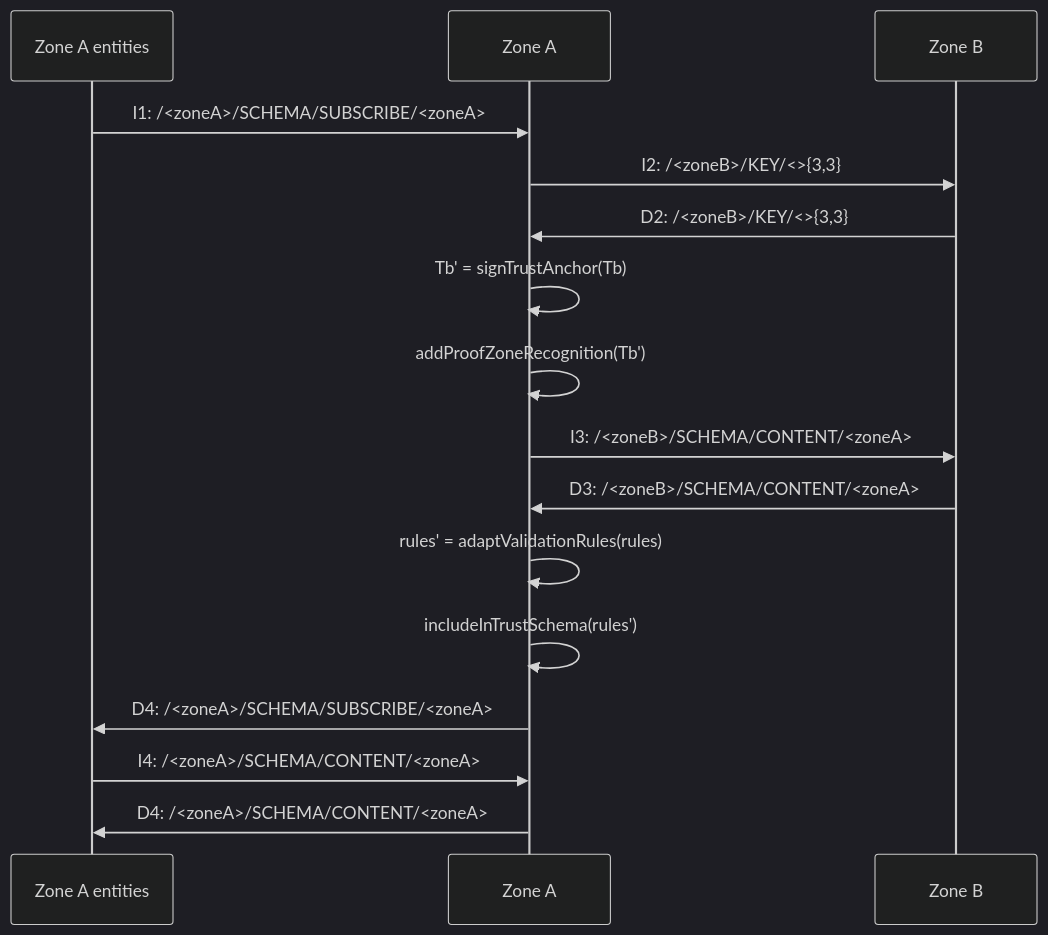
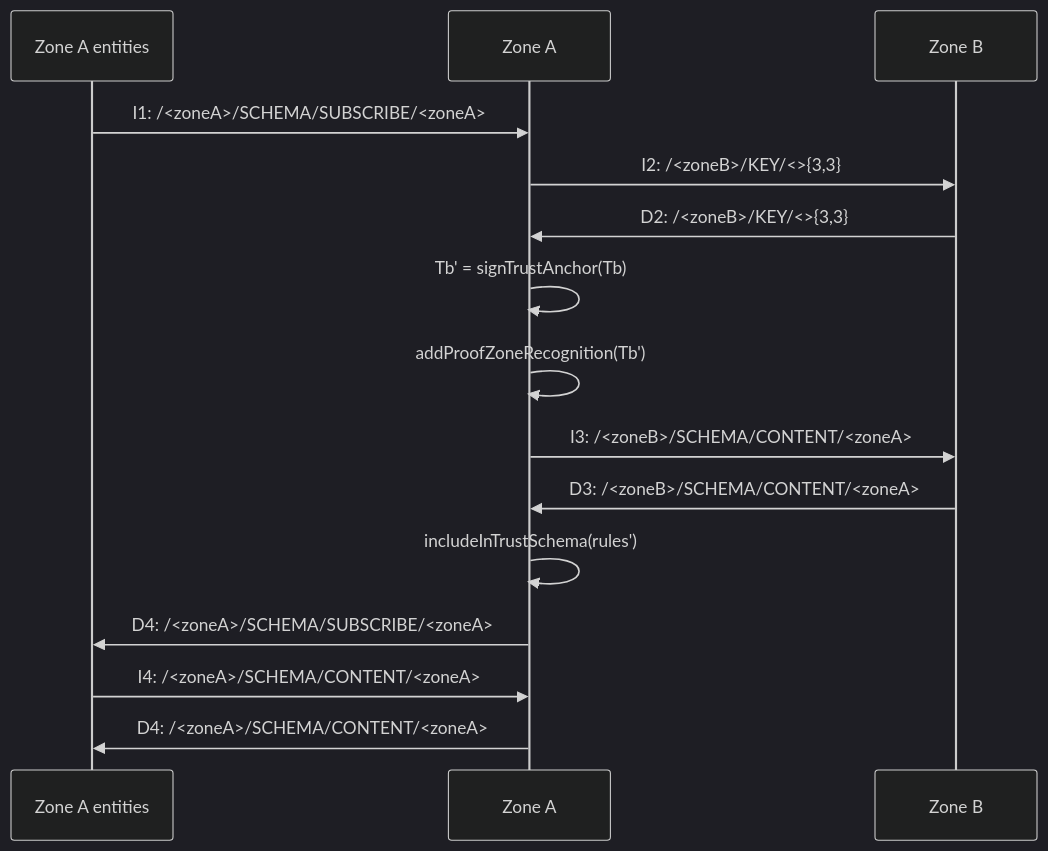
One commit to andre-romano/ndn-secure-bootstrap changed the second of 3 diagrams in README.md. Above: the diagram before and after it, drawn with Mermaid (dark theme). The commit also changed other lines of this file, not shown here.

````diff
--- a/README.md
+++ b/README.md
@@ -283,20 +283,19 @@
 ```mermaid
 sequenceDiagram
     participant Zone A entities
     participant Zone A
     participant Zone B
 
     
     Zone A entities->>Zone A: I1: /<zoneA>/SCHEMA/SUBSCRIBE/<zoneA>
     Zone A->>Zone B: I2: /<zoneB>/KEY/<>{3,3}   
     Zone B->>Zone A: D2: /<zoneB>/KEY/<>{3,3}   
     Zone A->>Zone A: Tb' = signTrustAnchor(Tb)
     Zone A->>Zone A: addProofZoneRecognition(Tb')
     Zone A->>Zone B: I3: /<zoneB>/SCHEMA/CONTENT/<zoneA>
     Zone B->>Zone A: D3: /<zoneB>/SCHEMA/CONTENT/<zoneA>
-    Zone A->>Zone A: rules' = adaptValidationRules(rules)
     Zone A->>Zone A: includeInTrustSchema(rules')
     Zone A->>Zone A entities: D4: /<zoneA>/SCHEMA/SUBSCRIBE/<zoneA>
     Zone A entities->>Zone A: I4: /<zoneA>/SCHEMA/CONTENT/<zoneA>
     Zone A->>Zone A entities: D4: /<zoneA>/SCHEMA/CONTENT/<zoneA>
 ```
````
